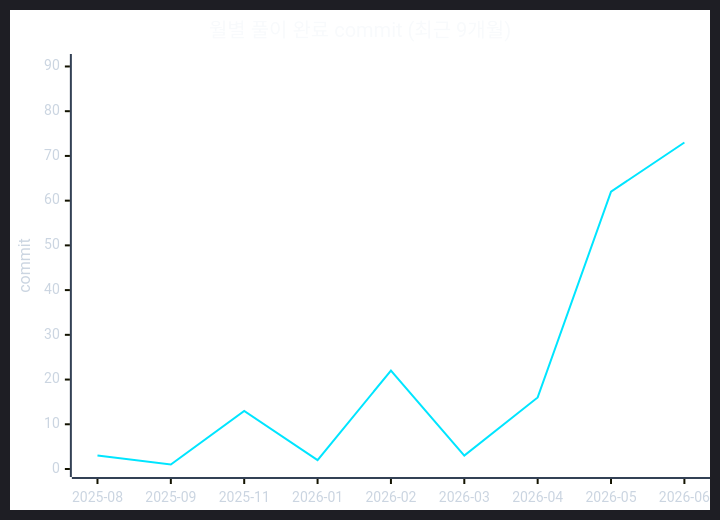
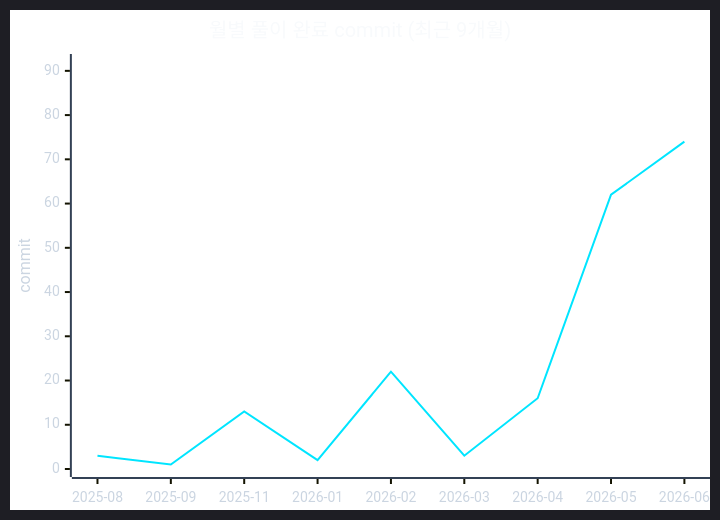
One commit to CHOOSLA/Algorithm changed the second of 2 diagrams in readme.md. Above: the diagram before and after it, drawn with Mermaid. The commit also changed other lines of this file and 2 other files, not shown here.

````diff
--- a/readme.md
+++ b/readme.md
@@ -71,22 +71,22 @@
 ```mermaid
 ---
 config:
   theme: dark
   themeVariables:
     background: '#0d1117'
     xyChart:
       titleColor: '#f8fafc'
       xAxisLabelColor: '#cbd5e1'
       xAxisTitleColor: '#cbd5e1'
       xAxisLineColor: '#334155'
       yAxisLabelColor: '#cbd5e1'
       yAxisTitleColor: '#cbd5e1'
       yAxisLineColor: '#334155'
       plotColorPalette: '#00e5ff'
 ---
 xychart-beta
   title "월별 풀이 완료 commit (최근 9개월)"
   x-axis ["2025-08", "2025-09", "2025-11", "2026-01", "2026-02", "2026-03", "2026-04", "2026-05", "2026-06"]
-  y-axis "commit" 0 --> 91
-  line [3, 1, 13, 2, 22, 3, 16, 62, 73]
+  y-axis "commit" 0 --> 92
+  line [3, 1, 13, 2, 22, 3, 16, 62, 74]
 ```
````
